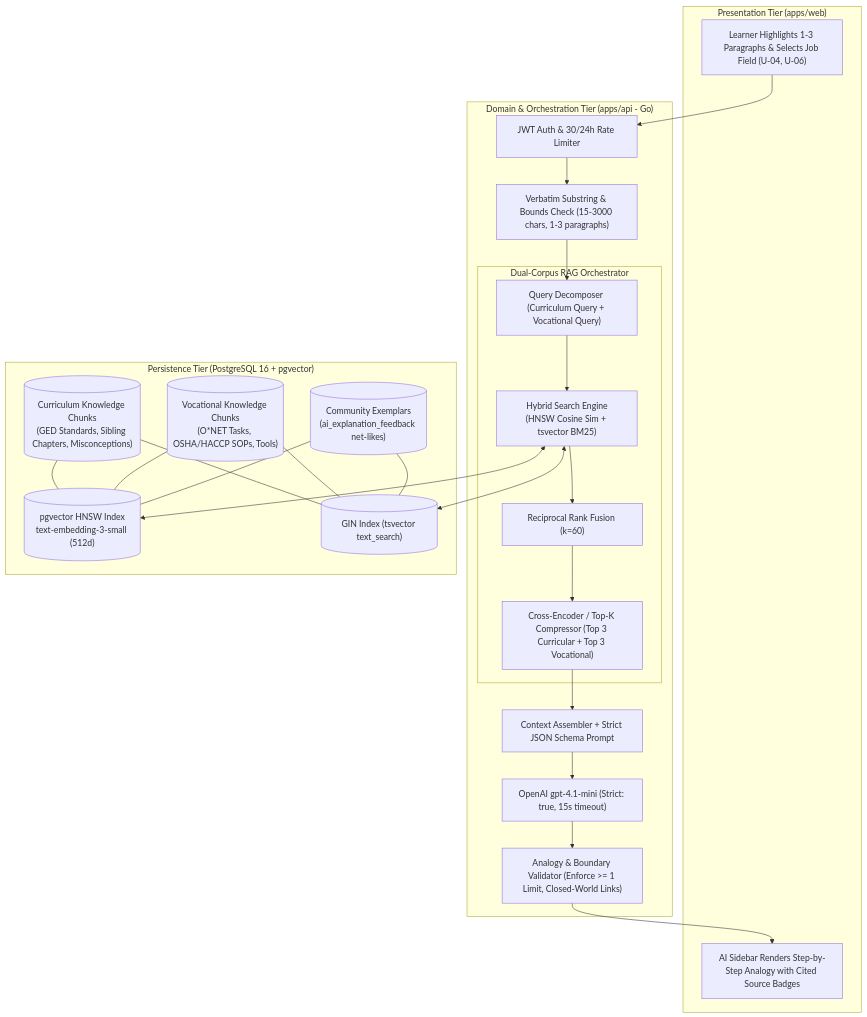
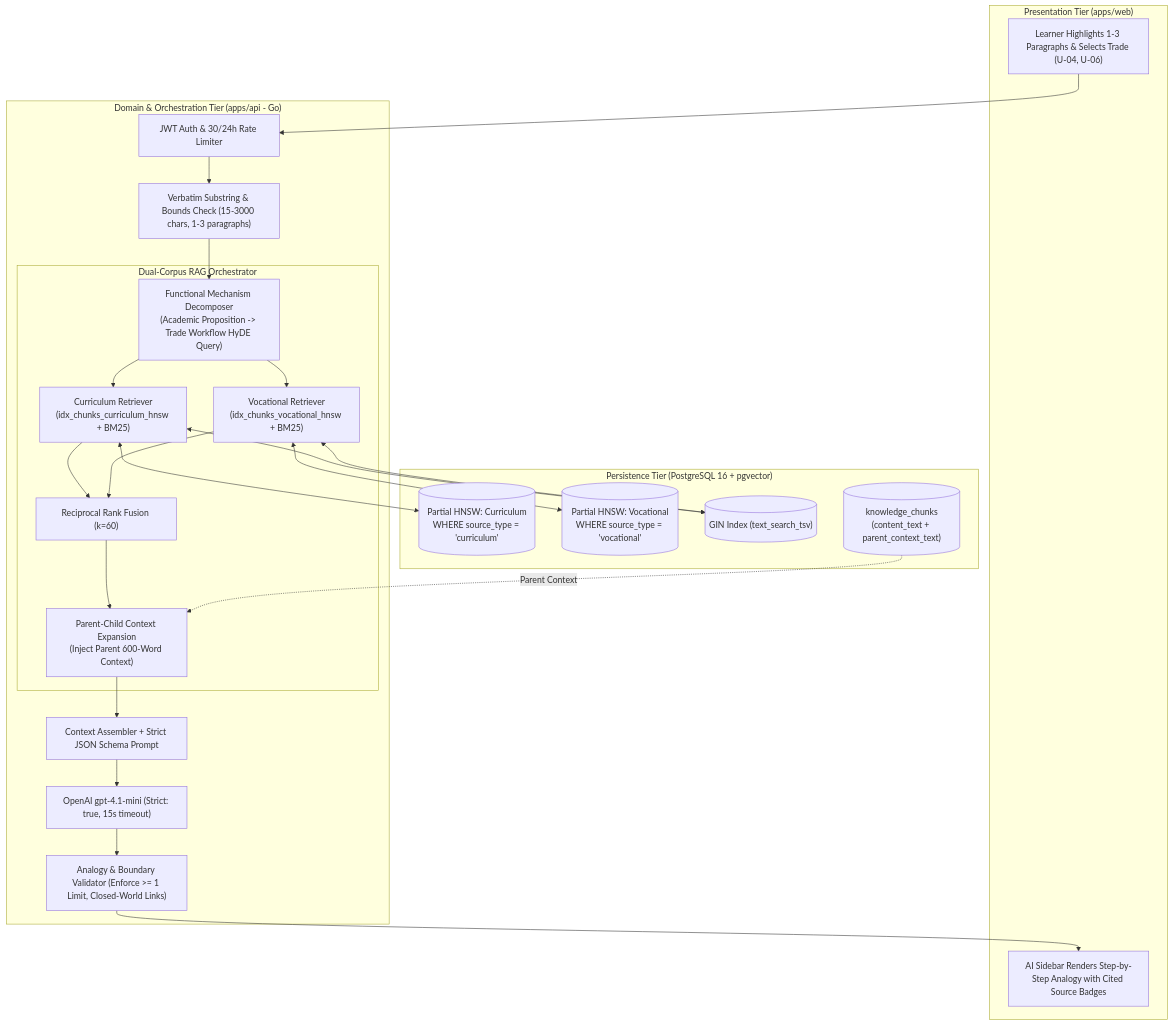
Before and after one commit to xiscohonggono/Idep: the diagram in docs/plans/Pending/rag-implementation.md, drawn with Mermaid. The commit also changed other lines of this file and 13 other files, not shown here.

Commit message:
Add： Plan Reconciliaton and Roadmap

````diff
--- a/docs/plans/Pending/rag-implementation.md
+++ b/docs/plans/Pending/rag-implementation.md
@@ -27,38 +30,39 @@
 ```mermaid
 flowchart TD
     subgraph Client["Presentation Tier (apps/web)"]
-        UI["Learner Highlights 1-3 Paragraphs & Selects Job Field (U-04, U-06)"]
+        UI["Learner Highlights 1-3 Paragraphs & Selects Trade (U-04, U-06)"]
         Sidebar["AI Sidebar Renders Step-by-Step Analogy with Cited Source Badges"]
     end
 
     subgraph API["Domain & Orchestration Tier (apps/api - Go)"]
         AuthVal["JWT Auth & 30/24h Rate Limiter"]
         InputVal["Verbatim Substring & Bounds Check (15-3000 chars, 1-3 paragraphs)"]
         
         subgraph RAGOrchestrator["Dual-Corpus RAG Orchestrator"]
-            QueryGen["Query Decomposer (Curriculum Query + Vocational Query)"]
-            HybridRetriever["Hybrid Search Engine\n(HNSW Cosine Sim + tsvector BM25)"]
+            HyDE["Functional Mechanism Decomposer\n(Academic Proposition -> Trade Workflow HyDE Query)"]
+            CurriculumRetriever["Curriculum Retriever\n(idx_chunks_curriculum_hnsw + BM25)"]
+            VocationalRetriever["Vocational Retriever\n(idx_chunks_vocational_hnsw + BM25)"]
             RRF["Reciprocal Rank Fusion (k=60)"]
-            Rerank["Cross-Encoder / Top-K Compressor (Top 3 Curricular + Top 3 Vocational)"]
+            ParentExpand["Parent-Child Context Expansion\n(Inject Parent 600-Word Context)"]
         end
 
         LLMPrompt["Context Assembler + Strict JSON Schema Prompt"]
         OpenAI["OpenAI gpt-4.1-mini (Strict: true, 15s timeout)"]
         SchemaVal["Analogy & Boundary Validator (Enforce >= 1 Limit, Closed-World Links)"]
     end
 
     subgraph DB["Persistence Tier (PostgreSQL 16 + pgvector)"]
-        PGV[("pgvector HNSW Index\ntext-embedding-3-small (512d)")]
-        TSV[("GIN Index (tsvector text_search)")]
-        KB_Curriculum[("Curriculum Knowledge Chunks\n(GED Standards, Sibling Chapters, Misconceptions)")]
-        KB_Vocational[("Vocational Knowledge Chunks\n(O*NET Tasks, OSHA/HACCP SOPs, Tools)")]
-        KB_Exemplars[("Community Exemplars\n(ai_explanation_feedback net-likes)")]
+        HNSW_Curriculum[("Partial HNSW: Curriculum\nWHERE source_type = 'curriculum'")]
+        HNSW_Vocational[("Partial HNSW: Vocational\nWHERE source_type = 'vocational'")]
+        GIN_TSV[("GIN Index (text_search_tsv)")]
+        Chunks[("knowledge_chunks\n(content_text + parent_context_text)")]
     end
 
-    UI --> AuthVal --> InputVal --> QueryGen
-    QueryGen --> HybridRetriever
-    HybridRetriever <--> PGV & TSV
-    KB_Curriculum & KB_Vocational & KB_Exemplars --- PGV & TSV
-    HybridRetriever --> RRF --> Rerank --> LLMPrompt
-    LLMPrompt --> OpenAI --> SchemaVal --> Sidebar
+    UI --> AuthVal --> InputVal --> HyDE
+    HyDE --> CurriculumRetriever & VocationalRetriever
+    CurriculumRetriever <--> HNSW_Curriculum & GIN_TSV
+    VocationalRetriever <--> HNSW_Vocational & GIN_TSV
+    CurriculumRetriever & VocationalRetriever --> RRF --> ParentExpand
+    Chunks -.->|"Parent Context"| ParentExpand
+    ParentExpand --> LLMPrompt --> OpenAI --> SchemaVal --> Sidebar
 ```
````
